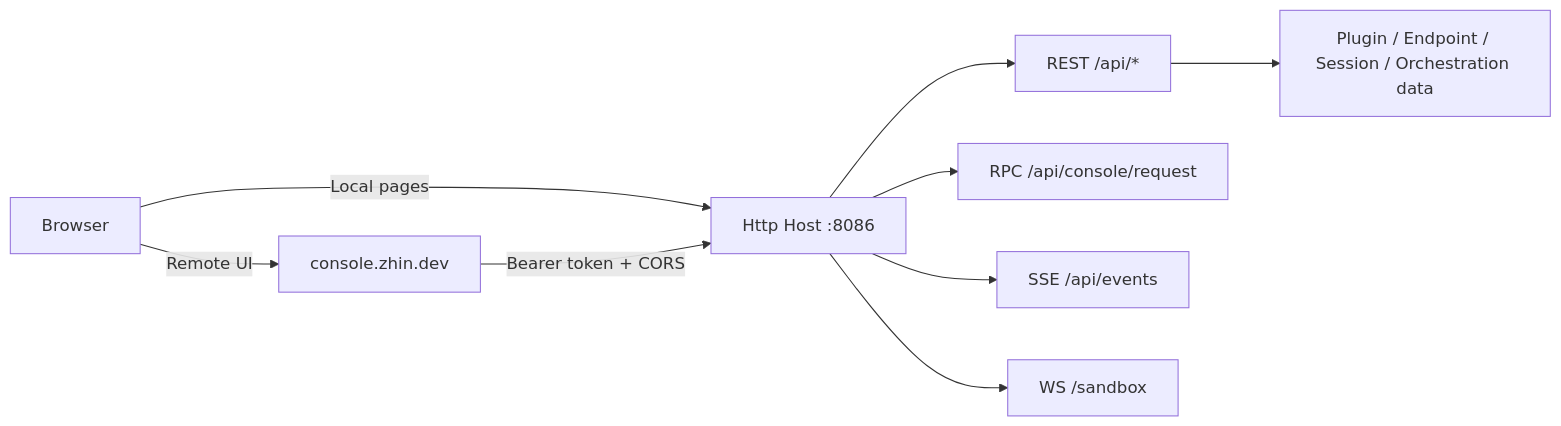
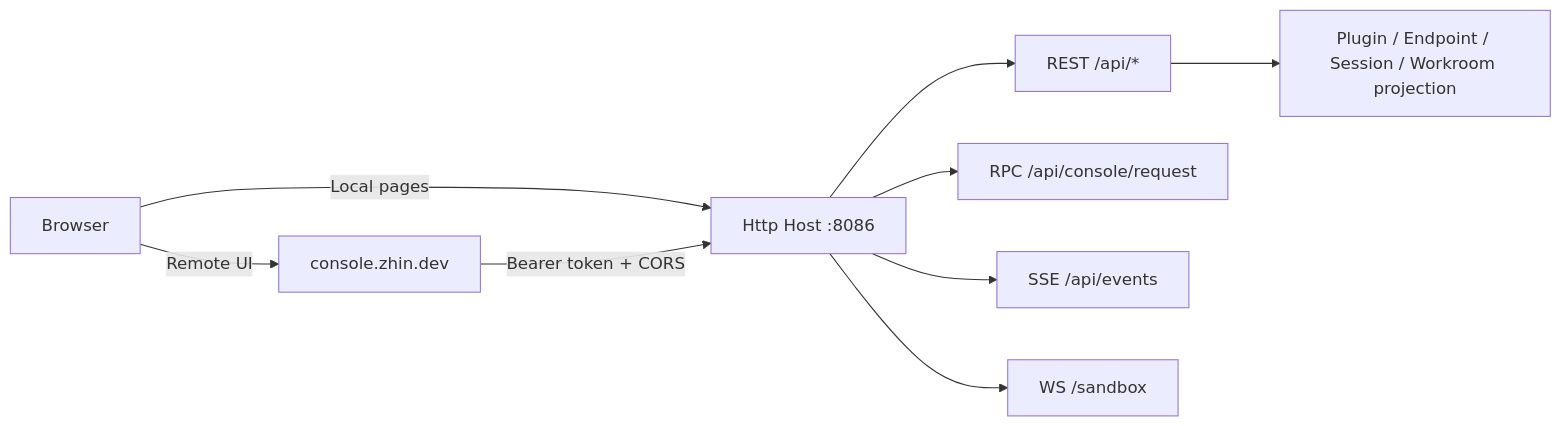
One commit to zhinjs/zhin changed the diagram in docs/en/console/index.md. Above: the diagram before and after it, drawn with Mermaid. The commit also changed other lines of this file and 121 other files, not shown here.

Commit message:
refactor(agent)!: replace orchestration with workroom journal kernel

````diff
--- a/docs/en/console/index.md
+++ b/docs/en/console/index.md
@@ -9,11 +9,11 @@
 ```mermaid
 flowchart LR
     B[Browser] -->|Remote UI| RC[console.zhin.dev]
     B -->|Local pages| H
     RC -->|Bearer token + CORS| H[Http Host :8086]
     H --> R1[REST /api/*]
     H --> R2[RPC /api/console/request]
     H --> R3[SSE /api/events]
     H --> R4[WS /sandbox]
-    R1 --> P[Plugin / Endpoint / Session / Orchestration data]
+    R1 --> P[Plugin / Endpoint / Session / Workroom projection]
 ```
````
